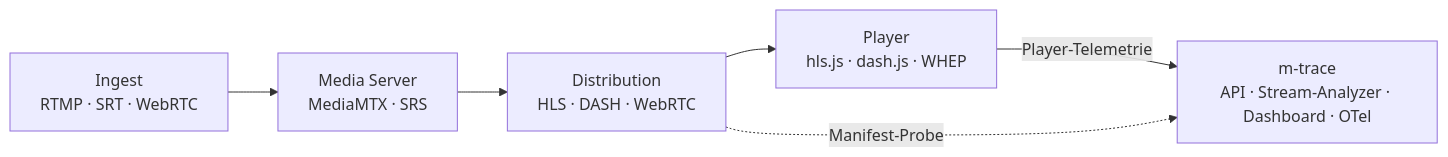
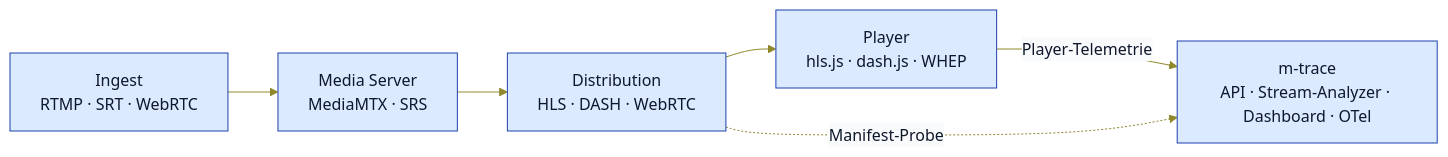
One commit to pt9912/m-trace changed the second of 2 diagrams in README.md. Above: the diagram before and after it, drawn with Mermaid. The commit also changed other lines of this file and 1 other file, not shown here.

Commit message:
docs: update diagram styling

````diff
--- a/README.md
+++ b/README.md
@@ -36,8 +37,10 @@
 ```mermaid
+%%{init: {'theme':'base','themeVariables':{'background':'#f8fafc','primaryColor':'#dbeafe','primaryTextColor':'#0f172a','primaryBorderColor':'#1e40af','lineColor':'#8f872a','secondaryColor':'#fef3c7','tertiaryColor':'#dcfce7','noteBkgColor':'#fef3c7','noteTextColor':'#0f172a','noteBorderColor':'#a16207','actorBkg':'#dbeafe','actorBorder':'#1e40af','actorTextColor':'#0f172a','actorLineColor':'#475569','signalColor':'#0f172a','signalTextColor':'#0f172a','sequenceNumberColor':'#ffffff','labelTextColor':'#0f172a','loopTextColor':'#0f172a','edgeLabelBackground':'#f8fafc'}}}%%
+
 flowchart LR
   I[Ingest<br/>RTMP · SRT · WebRTC] --> S[Media Server<br/>MediaMTX · SRS]
   S --> D[Distribution<br/>HLS · DASH · WebRTC]
   D --> P[Player<br/>hls.js · dash.js · WHEP]
   P -->|Player-Telemetrie| T[m-trace<br/>API · Stream-Analyzer · Dashboard · OTel]
   D -.->|Manifest-Probe| T
 ```
````
